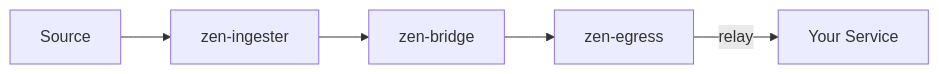
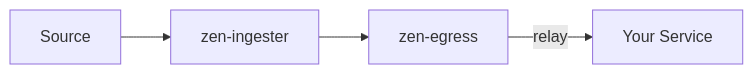
The third of 4 diagrams in docs/architecture/delivery-modes.md (zenmesh/docs), drawn with Mermaid before and after one commit. The commit also changed other lines of this file and 9 other files, not shown here.

Commit message:
remove zen-bridge and zen-egress from data plane; reorganize three-plane architecture for wedge

````diff
--- a/docs/architecture/delivery-modes.md
+++ b/docs/architecture/delivery-modes.md
@@ -45,4 +45,4 @@
 ```mermaid
 graph LR
-    SRC[Source] --> ING[zen-ingester] --> BRI[zen-bridge] --> EGR[zen-egress] -- "relay" --> TGT[Your Service]
+    SRC[Source] --> ING[zen-ingester] --> EGR[zen-egress] -- "relay" --> TGT[Your Service]
 ```
````
